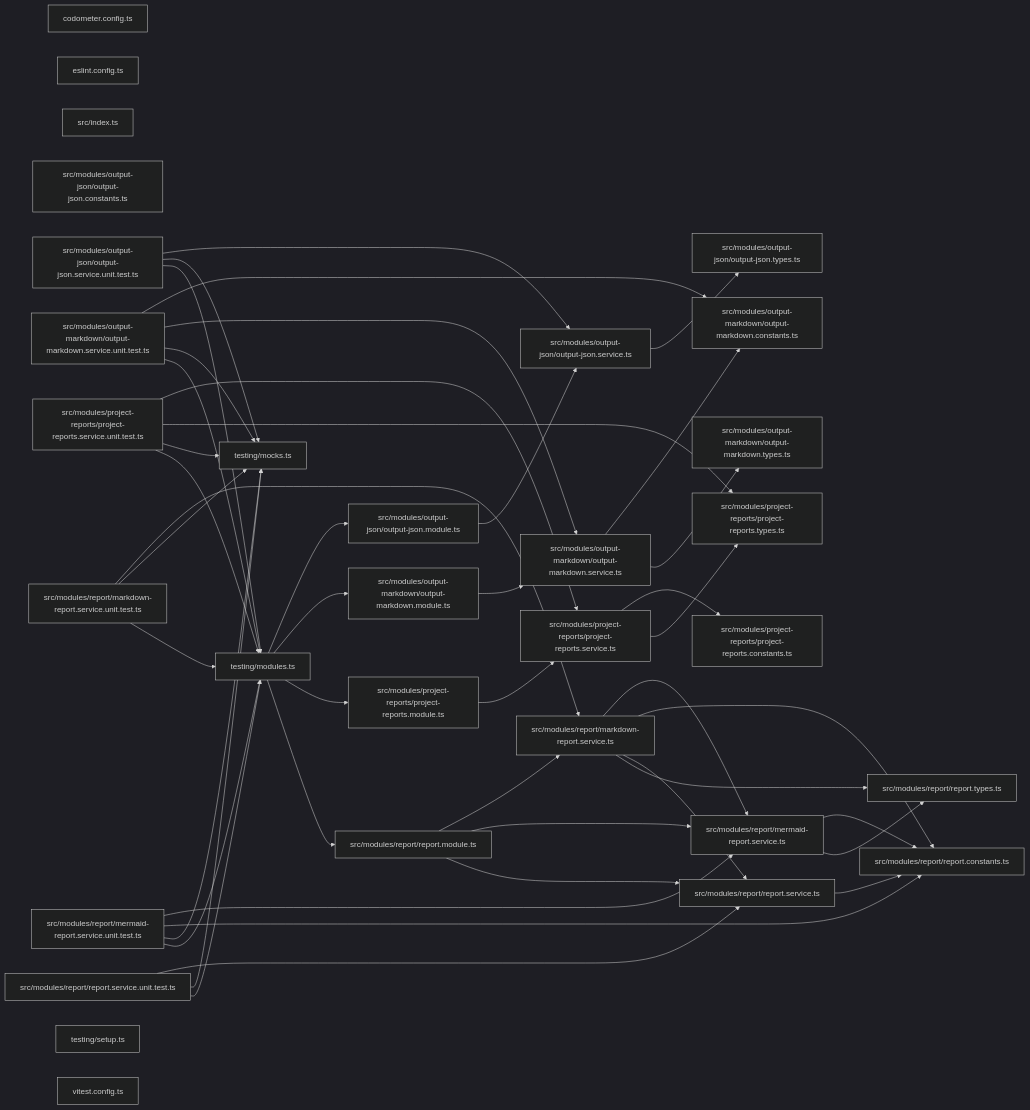
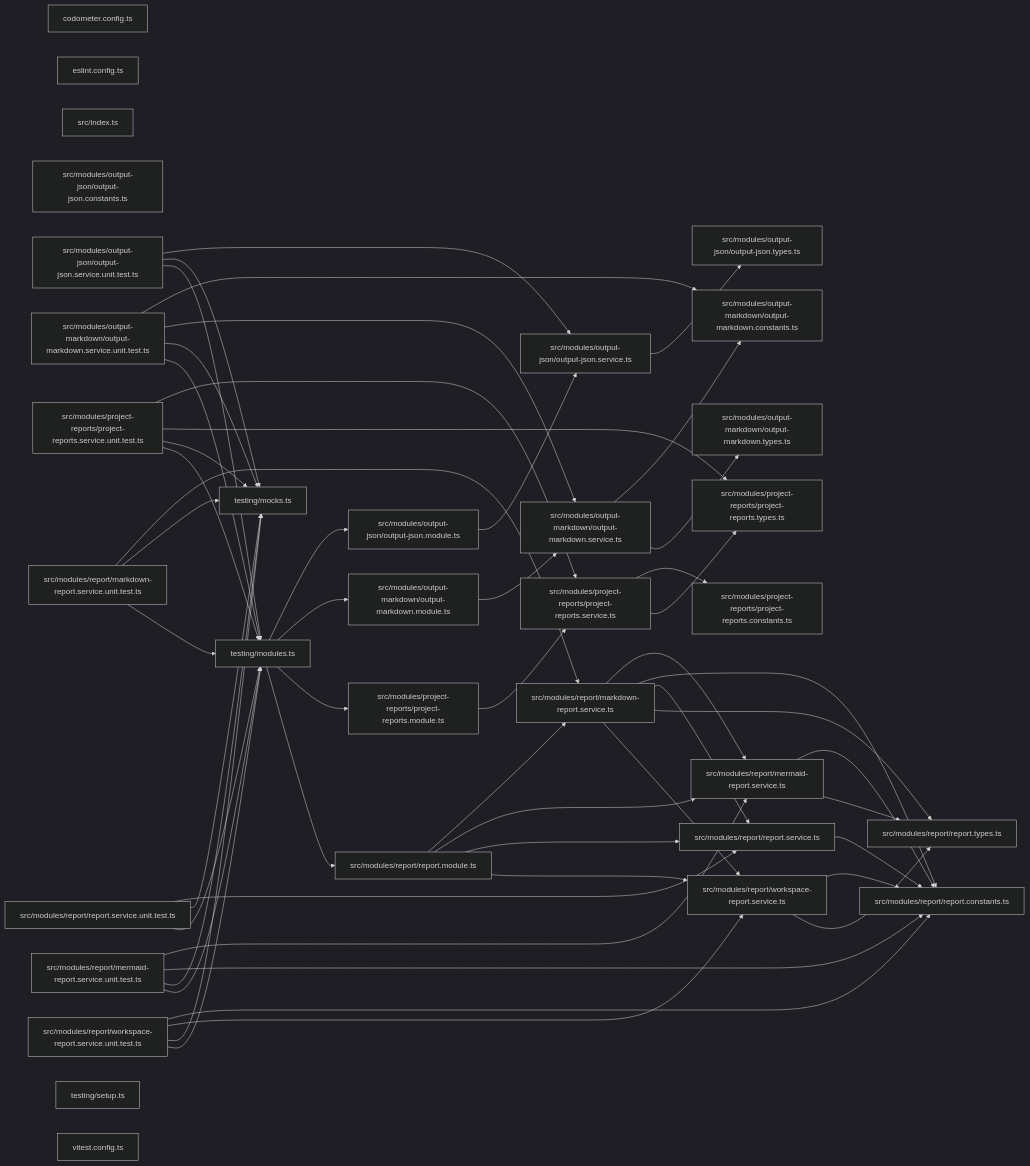
One commit to JimmyPaolini/codebase changed the third of 3 diagrams in packages/callidescope-output/README.md. Above: the diagram before and after it, drawn with Mermaid (dark theme). The commit also changed other lines of this file and 8 other files, not shown here.

```diff
--- a/packages/callidescope-output/README.md
+++ b/packages/callidescope-output/README.md
@@ -231,6 +231,8 @@
   file_src_modules_report_report_service_ts["src/modules/report/report.service.ts"]
   file_src_modules_report_report_service_unit_test_ts["src/modules/report/report.service.unit.test.ts"]
   file_src_modules_report_report_types_ts["src/modules/report/report.types.ts"]
+  file_src_modules_report_workspace_report_service_ts["src/modules/report/workspace-report.service.ts"]
+  file_src_modules_report_workspace_report_service_unit_test_ts["src/modules/report/workspace-report.service.unit.test.ts"]
   file_testing_mocks_ts["testing/mocks.ts"]
   file_testing_modules_ts["testing/modules.ts"]
   file_testing_setup_ts["testing/setup.ts"]
@@ -258,6 +260,7 @@
   file_src_modules_report_markdown_report_service_ts --> file_src_modules_report_report_constants_ts
   file_src_modules_report_markdown_report_service_ts --> file_src_modules_report_report_service_ts
   file_src_modules_report_markdown_report_service_ts --> file_src_modules_report_report_types_ts
+  file_src_modules_report_markdown_report_service_ts --> file_src_modules_report_workspace_report_service_ts
   file_src_modules_report_markdown_report_service_unit_test_ts --> file_src_modules_report_markdown_report_service_ts
   file_src_modules_report_markdown_report_service_unit_test_ts --> file_testing_mocks_ts
   file_src_modules_report_markdown_report_service_unit_test_ts --> file_testing_modules_ts
@@ -270,10 +273,17 @@
   file_src_modules_report_report_module_ts --> file_src_modules_report_markdown_report_service_ts
   file_src_modules_report_report_module_ts --> file_src_modules_report_mermaid_report_service_ts
   file_src_modules_report_report_module_ts --> file_src_modules_report_report_service_ts
+  file_src_modules_report_report_module_ts --> file_src_modules_report_workspace_report_service_ts
   file_src_modules_report_report_service_ts --> file_src_modules_report_report_constants_ts
   file_src_modules_report_report_service_unit_test_ts --> file_src_modules_report_report_service_ts
   file_src_modules_report_report_service_unit_test_ts --> file_testing_mocks_ts
   file_src_modules_report_report_service_unit_test_ts --> file_testing_modules_ts
+  file_src_modules_report_workspace_report_service_ts --> file_src_modules_report_report_constants_ts
+  file_src_modules_report_workspace_report_service_ts --> file_src_modules_report_report_types_ts
+  file_src_modules_report_workspace_report_service_unit_test_ts --> file_src_modules_report_report_constants_ts
+  file_src_modules_report_workspace_report_service_unit_test_ts --> file_src_modules_report_workspace_report_service_ts
+  file_src_modules_report_workspace_report_service_unit_test_ts --> file_testing_mocks_ts
+  file_src_modules_report_workspace_report_service_unit_test_ts --> file_testing_modules_ts
   file_testing_modules_ts --> file_src_modules_output_json_output_json_module_ts
   file_testing_modules_ts --> file_src_modules_output_markdown_output_markdown_module_ts
   file_testing_modules_ts --> file_src_modules_project_reports_project_reports_module_ts
```
